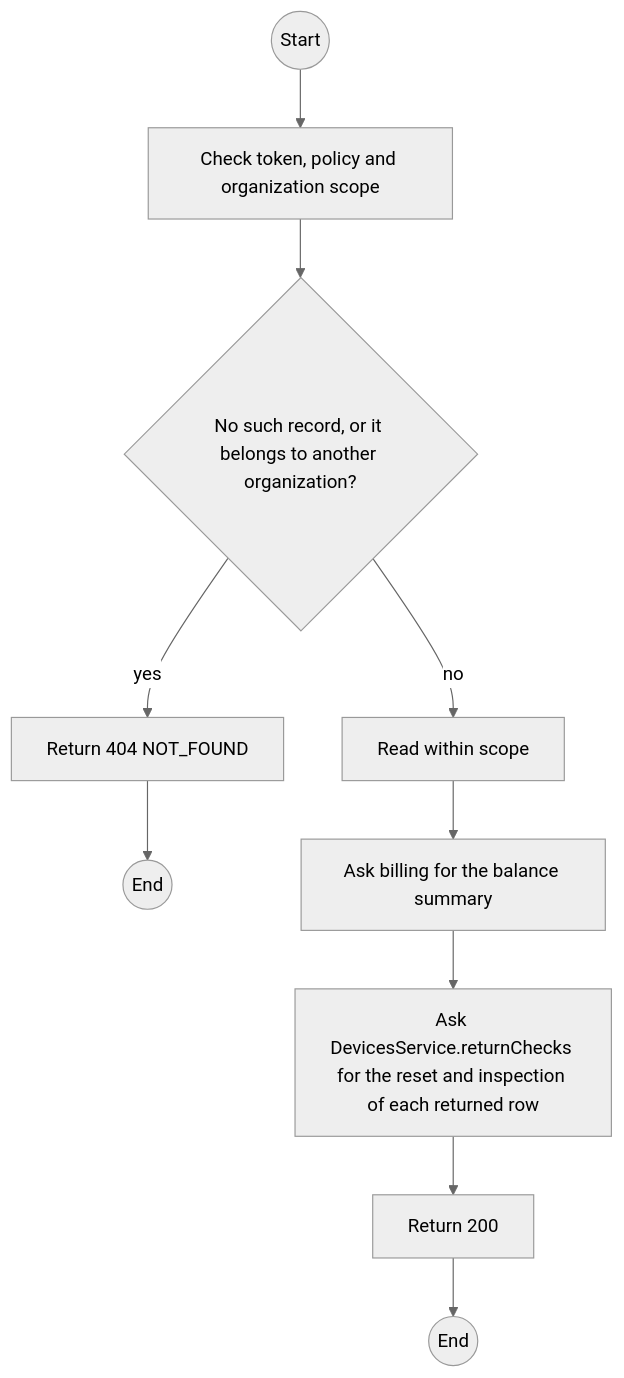
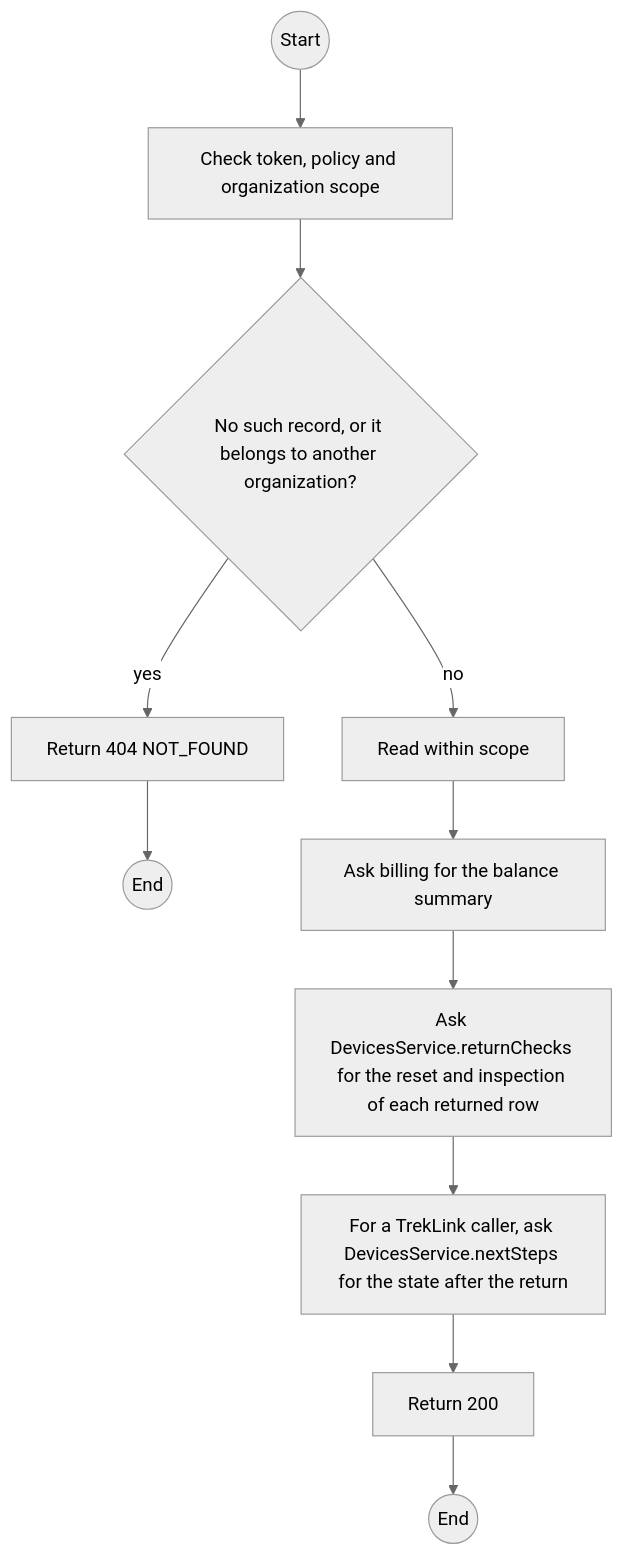
Before and after one commit to TrekLink-Team/treklink-web: the first of 2 diagrams in specs/rentals/api-design/03-get-contracts-id.md, drawn with Mermaid (neutral theme). The commit also changed other lines of this file and 12 other files, not shown here.

````diff
--- a/specs/rentals/api-design/03-get-contracts-id.md
+++ b/specs/rentals/api-design/03-get-contracts-id.md
@@ -173,20 +175,22 @@
 ```mermaid
 flowchart TB
     S((Start))
     A0["Check token, policy and organization scope"]
     S --> A0
     D1{"No such record, or it belongs to another organization?"}
     A0 --> D1
     E1["Return 404 NOT_FOUND"]
     D1 -->|yes| E1
     E1 --> X1((End))
     P0["Read within scope"]
     D1 -->|no| P0
     P1["Ask billing for the balance summary"]
     P0 --> P1
     P2["Ask DevicesService.returnChecks for the reset and inspection of each returned row"]
     P1 --> P2
+    P3["For a TrekLink caller, ask DevicesService.nextSteps for the state after the return"]
+    P2 --> P3
     OK["Return 200"]
-    P2 --> OK
+    P3 --> OK
     OK --> Z((End))
 ```
````
